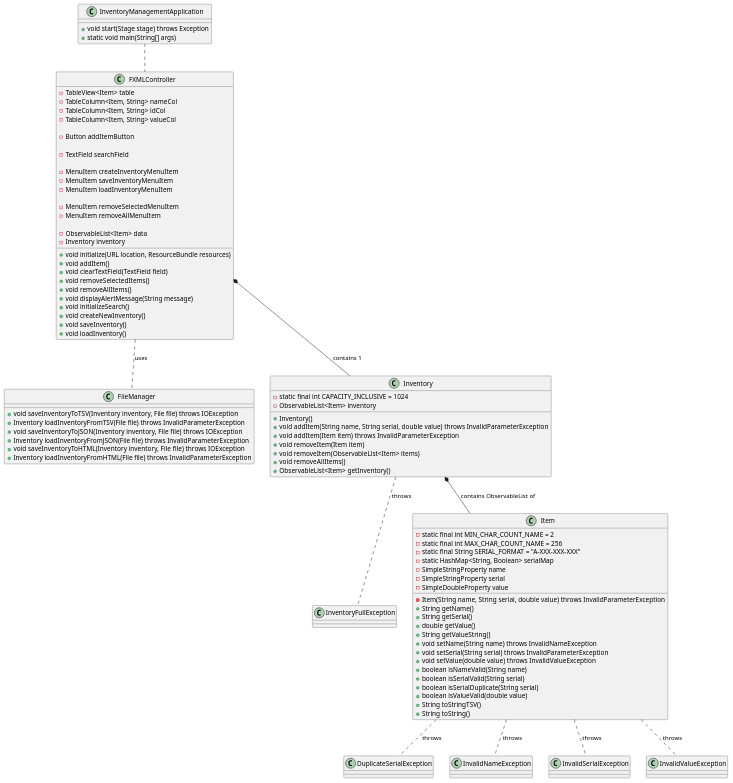
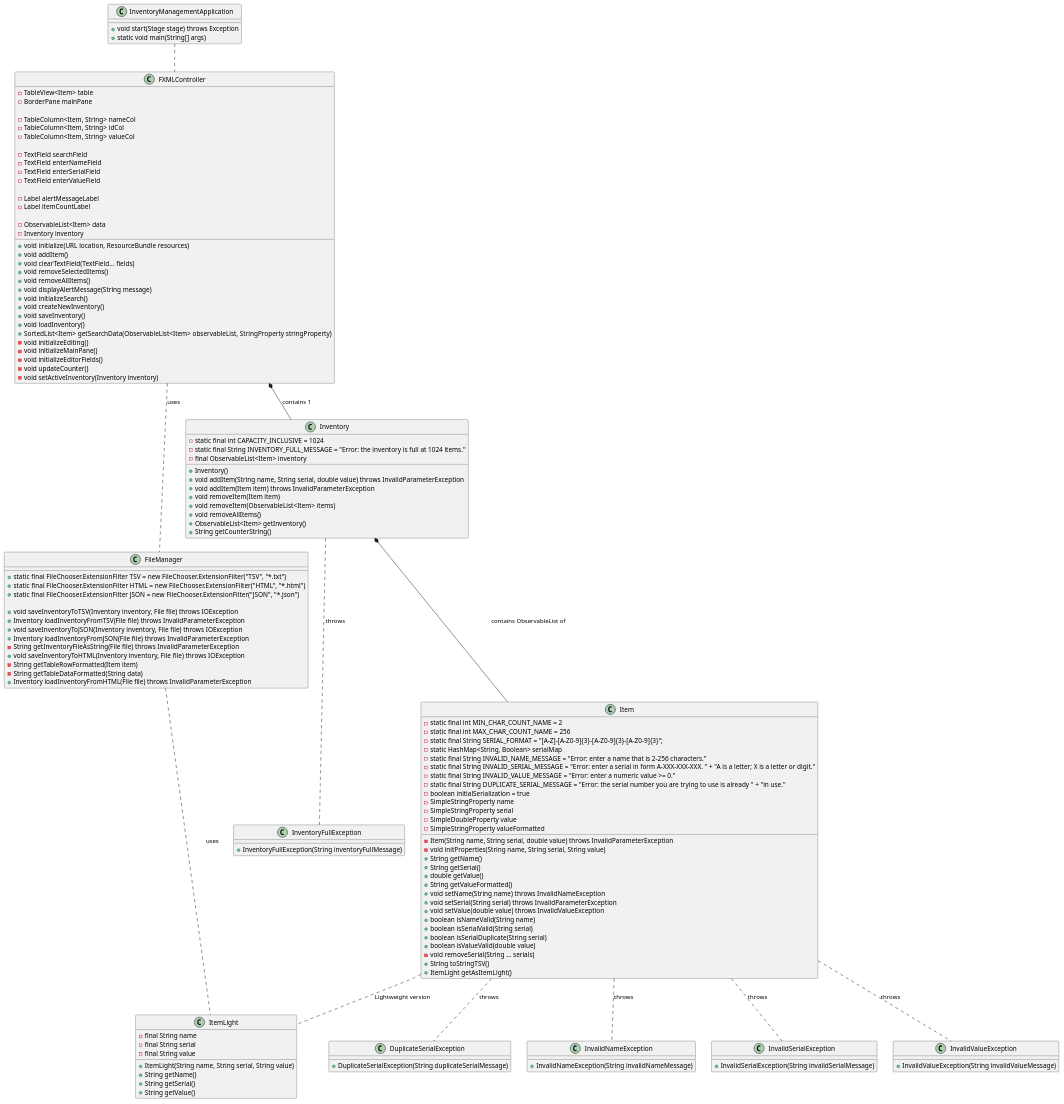
One commit to billyfurie/furie-app2 changed the diagram in docs/diagram.puml. Above: the diagram before and after it, drawn with PlantUML. The commit also changed 1 other file, not shown here.

Commit message:
Finished Updating UML Diagram to include latest additions

```diff
--- a/docs/diagram.puml
+++ b/docs/diagram.puml
@@ -1,119 +1,154 @@
 @startuml
 'https://plantuml.com/class-diagram
 
 class FileManager {
+    + static final FileChooser.ExtensionFilter TSV = new FileChooser.ExtensionFilter("TSV", "*.txt")
+    + static final FileChooser.ExtensionFilter HTML = new FileChooser.ExtensionFilter("HTML", "*.html")
+    + static final FileChooser.ExtensionFilter JSON = new FileChooser.ExtensionFilter("JSON", "*.json")
+
     +void saveInventoryToTSV(Inventory inventory, File file) throws IOException
     +Inventory loadInventoryFromTSV(File file) throws InvalidParameterException
     +void saveInventoryToJSON(Inventory inventory, File file) throws IOException
     +Inventory loadInventoryFromJSON(File file) throws InvalidParameterException
+    -String getInventoryFileAsString(File file) throws InvalidParameterException
     +void saveInventoryToHTML(Inventory inventory, File file) throws IOException
+    -String getTableRowFormatted(Item item)
+    -String getTableDataFormatted(String data)
     +Inventory loadInventoryFromHTML(File file) throws InvalidParameterException
 }
 
 class FXMLController {
     -TableView<Item> table
+    -BorderPane mainPane
+
     -TableColumn<Item, String> nameCol
     -TableColumn<Item, String> idCol
     -TableColumn<Item, String> valueCol
 
-    -Button addItemButton
+    -TextField searchField
+    -TextField enterNameField
+    -TextField enterSerialField
+    -TextField enterValueField
 
-    -TextField searchField
-
-    -MenuItem createInventoryMenuItem
-    -MenuItem saveInventoryMenuItem
-    -MenuItem loadInventoryMenuItem
-
-    -MenuItem removeSelectedMenuItem
-    -MenuItem removeAllMenuItem
+    -Label alertMessageLabel
+    -Label itemCountLabel
 
     -ObservableList<Item> data
     -Inventory inventory
 
     +void initialize(URL location, ResourceBundle resources)
     +void addItem()
-    +void clearTextField(TextField field)
+    +void clearTextField(TextField... fields)
     +void removeSelectedItems()
     +void removeAllItems()
     +void displayAlertMessage(String message)
     +void initializeSearch()
     +void createNewInventory()
     +void saveInventory()
     +void loadInventory()
+    +SortedList<Item> getSearchData(ObservableList<Item> observableList, StringProperty stringProperty)
+    -void initializeEditing()
+    -void initializeMainPane()
+    -void initializeEditorFields()
+    -void updateCounter()
+    -void setActiveInventory(Inventory inventory)
 }
 
 class InventoryManagementApplication {
     +void start(Stage stage) throws Exception
     +static void main(String[] args)
 }
 
 class DuplicateSerialException {
-
+    +DuplicateSerialException(String duplicateSerialMessage)
 }
 
 class InvalidNameException {
-
+    +InvalidNameException(String invalidNameMessage)
 }
 
 class InvalidSerialException {
-
+    +InvalidSerialException(String invalidSerialMessage)
 }
 
 class InvalidValueException {
-
+    +InvalidValueException(String invalidValueMessage)
 }
 
 class InventoryFullException {
-
+    +InventoryFullException(String inventoryFullMessage)
 }
 
 class Inventory {
     -static final int CAPACITY_INCLUSIVE = 1024
-    -ObservableList<Item> inventory
+    -static final String INVENTORY_FULL_MESSAGE = "Error: the inventory is full at 1024 items."
+    -final ObservableList<Item> inventory
     +Inventory()
     +void addItem(String name, String serial, double value) throws InvalidParameterException
     +void addItem(Item item) throws InvalidParameterException
     +void removeItem(Item item)
     +void removeItem(ObservableList<Item> items)
     +void removeAllItems()
     +ObservableList<Item> getInventory()
+    +String getCounterString()
 }
 
 class Item {
     -static final int MIN_CHAR_COUNT_NAME = 2
     -static final int MAX_CHAR_COUNT_NAME = 256
-    -static final String SERIAL_FORMAT = "A-XXX-XXX-XXX"
+    -static final String SERIAL_FORMAT = "[A-Z]-[A-Z0-9]{3}-[A-Z0-9]{3}-[A-Z0-9]{3}";
     -static HashMap<String, Boolean> serialMap
+    -static final String INVALID_NAME_MESSAGE = "Error: enter a name that is 2-256 characters."
+    -static final String INVALID_SERIAL_MESSAGE = "Error: enter a serial in form A-XXX-XXX-XXX. " + "A is a letter; X is a letter or digit."
+    -static final String INVALID_VALUE_MESSAGE = "Error: enter a numeric value >= 0."
+    -static final String DUPLICATE_SERIAL_MESSAGE = "Error: the serial number you are trying to use is already " + "in use."
+    -boolean initialSerialization = true
     -SimpleStringProperty name
     -SimpleStringProperty serial
     -SimpleDoubleProperty value
+    -SimpleStringProperty valueFormatted
+
+
     -Item(String name, String serial, double value) throws InvalidParameterException
+    -void initProperties(String name, String serial, String value)
     +String getName()
     +String getSerial()
     +double getValue()
-    +String getValueString()
+    +String getValueFormatted()
     +void setName(String name) throws InvalidNameException
     +void setSerial(String serial) throws InvalidParameterException
     +void setValue(double value) throws InvalidValueException
     +boolean isNameValid(String name)
     +boolean isSerialValid(String serial)
     +boolean isSerialDuplicate(String serial)
     +boolean isValueValid(double value)
+    -void removeSerial(String ... serials)
     +String toStringTSV()
-    +String toString()
+    +ItemLight getAsItemLight()
+}
+
+class ItemLight {
+    -final String name
+    -final String serial
+    -final String value
+    +ItemLight(String name, String serial, String value)
+    +String getName()
+    +String getSerial()
+    +String getValue()
 }
 
 FXMLController *-- Inventory: contains 1
 FXMLController .. FileManager: uses
 InventoryManagementApplication .. FXMLController
 Inventory *-- Item: contains ObservableList of
 
-
+FileManager .. ItemLight: uses
+Item .. ItemLight: Lightweight version
 Item .. DuplicateSerialException: throws
 Item .. InvalidNameException: throws
 Item .. InvalidSerialException: throws
 Item .. InvalidValueException: throws
 Inventory .. InventoryFullException: throws
 
 
 @enduml
```
